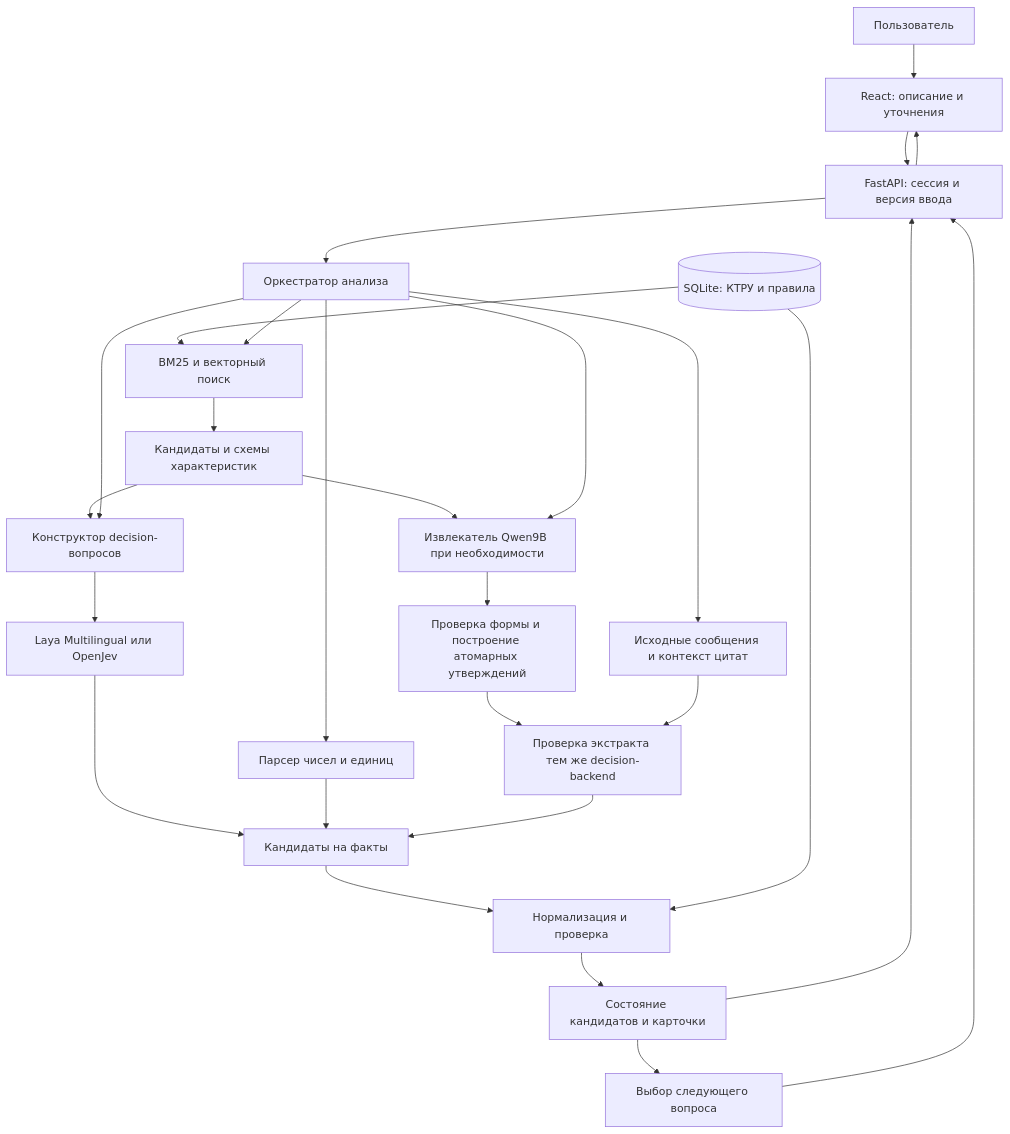
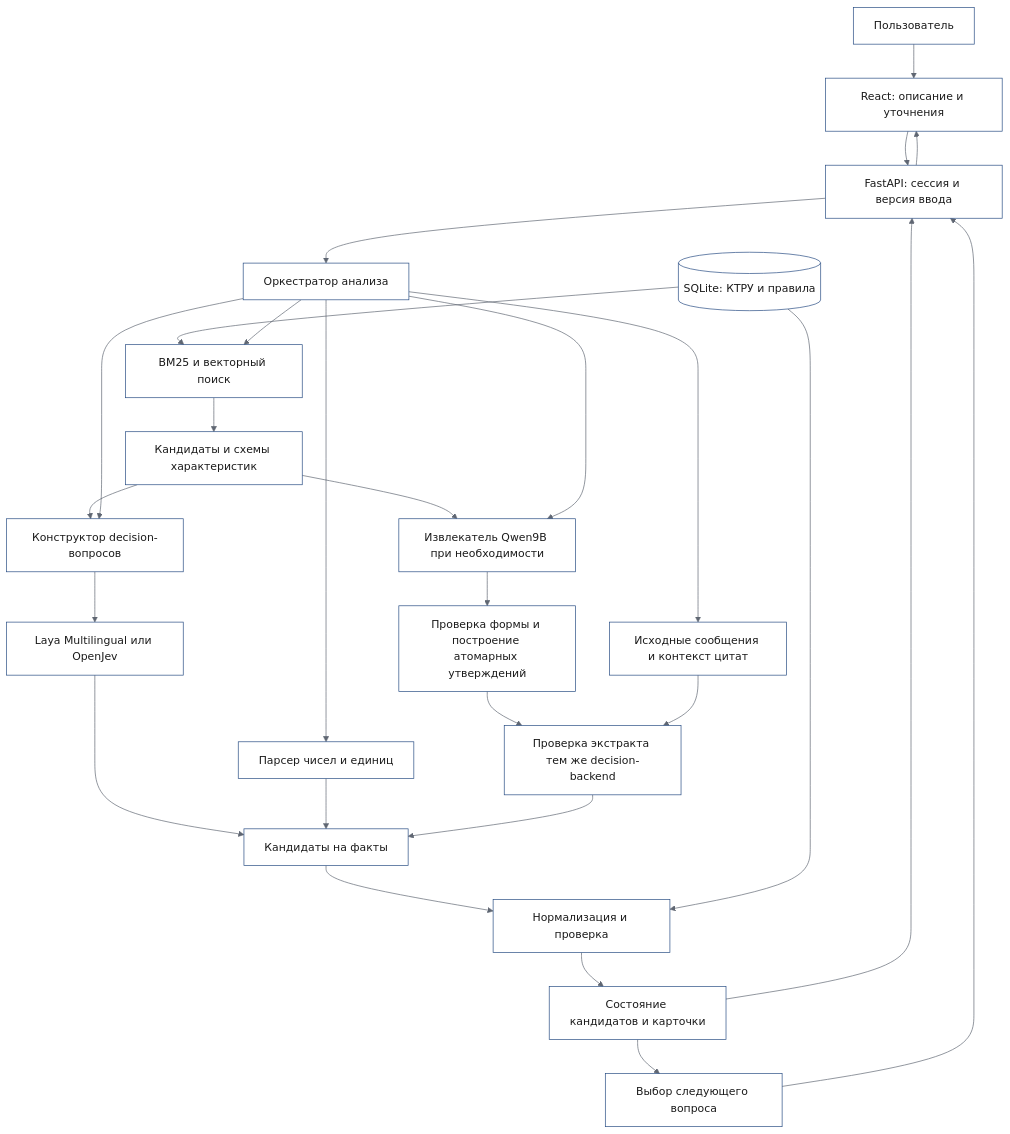
The diagram in docs/Предлагаемое решение.md (GoatWhistle/tender), drawn with Mermaid before and after one commit. The commit also changed 261 other files, not shown here.

````diff
--- a/docs/Предлагаемое решение.md
+++ b/docs/Предлагаемое решение.md
@@ -173,29 +173,30 @@
 ```mermaid
+%%{init: {"theme":"base","themeVariables":{"primaryColor":"#ffffff","primaryTextColor":"#1a1a1a","primaryBorderColor":"#264b82","secondaryColor":"#e7eef7","tertiaryColor":"#f1f5fb","lineColor":"#5f6672","textColor":"#1a1a1a","noteBkgColor":"#e7eef7","noteTextColor":"rgba(0, 0, 0, 0.64)","actorBkg":"#ffffff","actorBorder":"#264b82","fontFamily":"Open Sans"}}}%%
 flowchart TD
     U[Пользователь] --> UI[React: описание и уточнения]
     UI --> API[FastAPI: сессия и версия ввода]
     API --> O[Оркестратор анализа]
     DB[(SQLite: КТРУ и правила)] --> R[BM25 и векторный поиск]
     O --> R
     R --> C[Кандидаты и схемы характеристик]
     C --> Q[Конструктор decision-вопросов]
     O --> Q
     Q --> D[Laya Multilingual или OpenJev]
     D --> F[Кандидаты на факты]
     O --> P[Парсер чисел и единиц]
     P --> F
     C --> X[Извлекатель Qwen9B при необходимости]
     O --> X
     X --> G[Проверка формы и построение атомарных утверждений]
     O --> E[Исходные сообщения и контекст цитат]
     G --> J[Проверка экстракта тем же decision-backend]
     E --> J
     J --> F
     F --> V[Нормализация и проверка]
     DB --> V
     V --> S[Состояние кандидатов и карточки]
     S --> N[Выбор следующего вопроса]
     N --> API
     S --> API
     API --> UI
 ```
````
